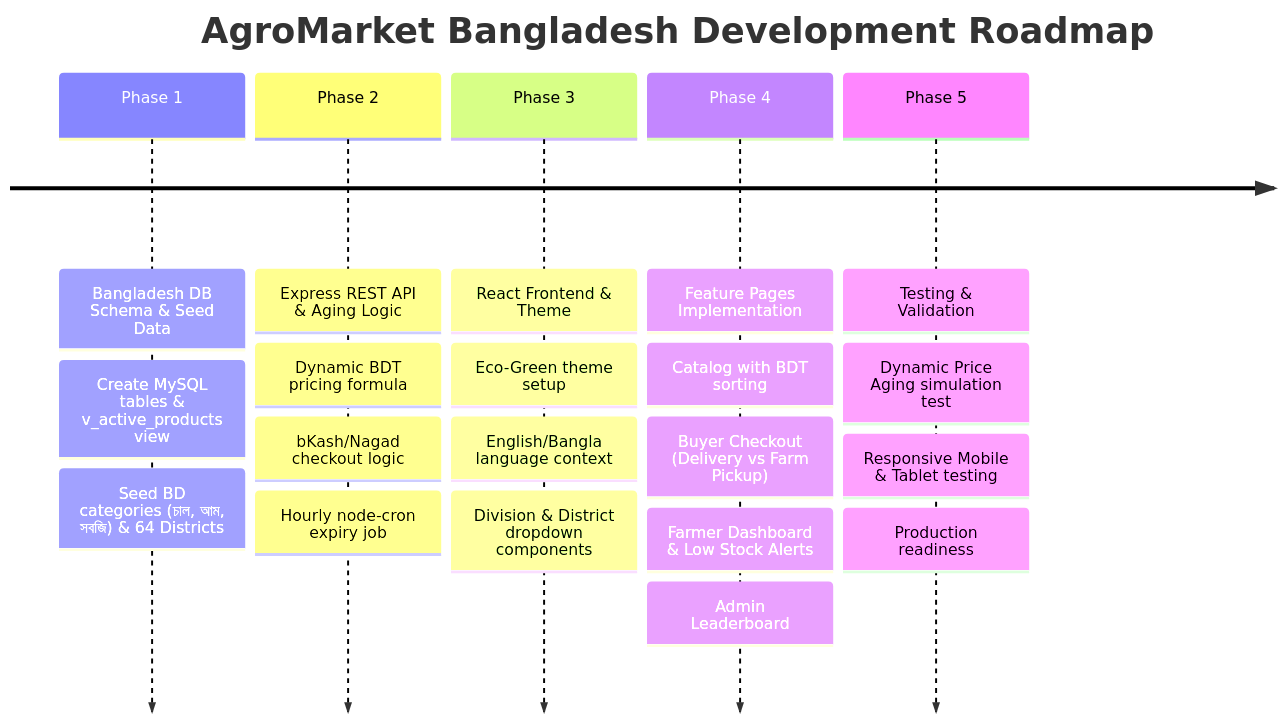
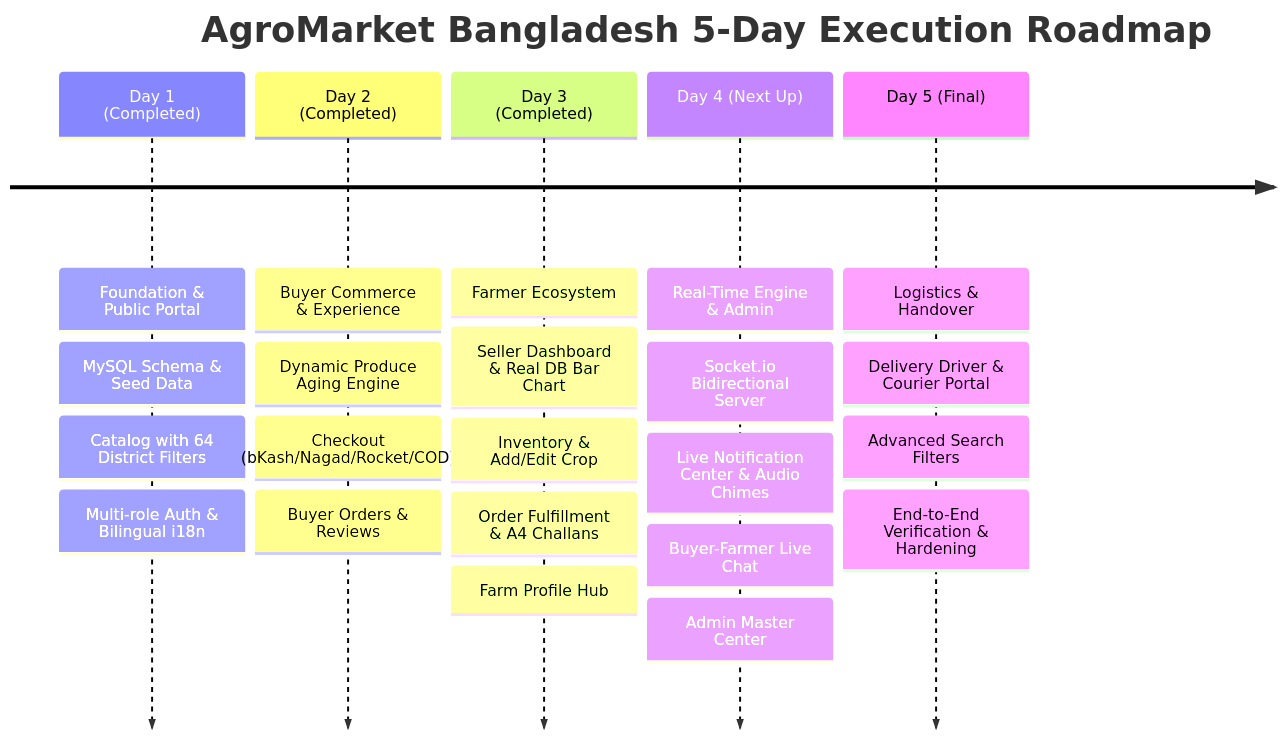
The third of 3 diagrams in SYSTEM_PLAN.md (Redowan-Tanvir-Shifat/AgroMarket), drawn with Mermaid before and after one commit. The commit also changed other lines of this file and 9 other files, not shown here.

Commit message:
Day 3 has completed.

````diff
--- a/SYSTEM_PLAN.md
+++ b/SYSTEM_PLAN.md
@@ -577,9 +718,9 @@
 ```mermaid
 timeline
-    title AgroMarket Bangladesh Development Roadmap
-    Phase 1 : Bangladesh DB Schema & Seed Data : Create MySQL tables & v_active_products view : Seed BD categories (চাল, আম, সবজি) & 64 Districts
-    Phase 2 : Express REST API & Aging Logic : Dynamic BDT pricing formula : bKash/Nagad checkout logic : Hourly node-cron expiry job
-    Phase 3 : React Frontend & Theme : Eco-Green theme setup : English/Bangla language context : Division & District dropdown components
-    Phase 4 : Feature Pages Implementation : Catalog with BDT sorting : Buyer Checkout (Delivery vs Farm Pickup) : Farmer Dashboard & Low Stock Alerts : Admin Leaderboard
-    Phase 5 : Testing & Validation : Dynamic Price Aging simulation test : Responsive Mobile & Tablet testing : Production readiness
+    title AgroMarket Bangladesh 5-Day Execution Roadmap
+    Day 1 (Completed) : Foundation & Public Portal : MySQL Schema & Seed Data : Catalog with 64 District Filters : Multi-role Auth & Bilingual i18n
+    Day 2 (Completed) : Buyer Commerce & Experience : Dynamic Produce Aging Engine : Checkout (bKash/Nagad/Rocket/COD) : Buyer Orders & Reviews
+    Day 3 (Completed) : Farmer Ecosystem : Seller Dashboard & Real DB Bar Chart : Inventory & Add/Edit Crop : Order Fulfillment & A4 Challans : Farm Profile Hub
+    Day 4 (Next Up) : Real-Time Engine & Admin : Socket.io Bidirectional Server : Live Notification Center & Audio Chimes : Buyer-Farmer Live Chat : Admin Master Center
+    Day 5 (Final) : Logistics & Handover : Delivery Driver & Courier Portal : Advanced Search Filters : End-to-End Verification & Hardening
 ```
````
